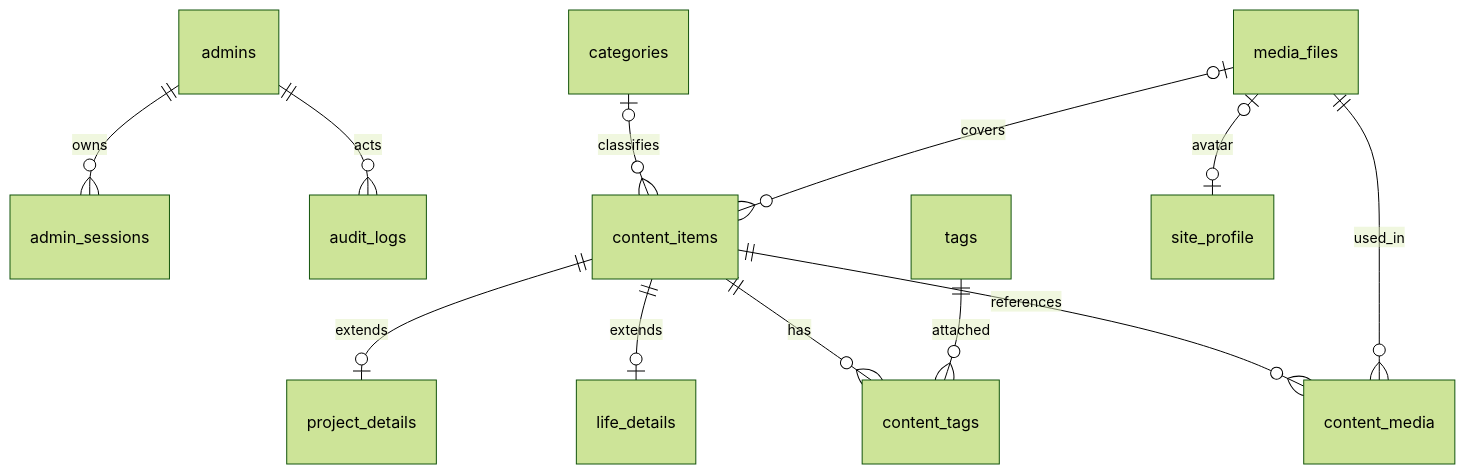
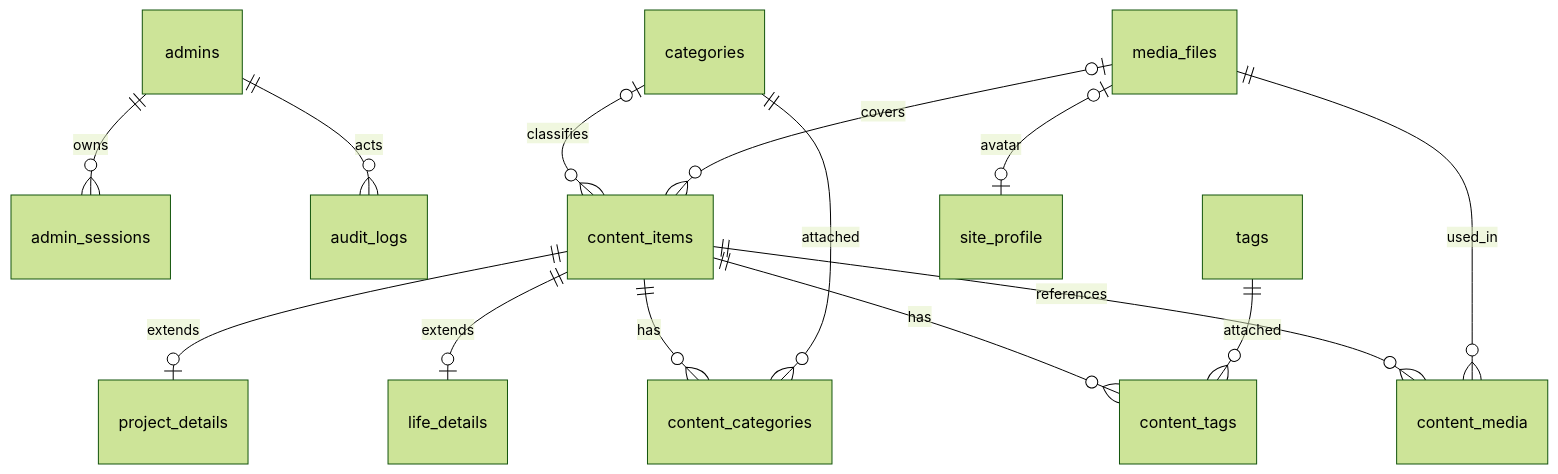
The diagram in docs/documents/06-data-storage.md (Halley1024/PersonalWebsite), drawn with Mermaid (forest theme) before and after one commit. The commit also changed other lines of this file and 166 other files, not shown here.

````diff
--- a/docs/documents/06-data-storage.md
+++ b/docs/documents/06-data-storage.md
@@ -20,14 +20,16 @@
 ```mermaid
 erDiagram
     admins ||--o{ admin_sessions : owns
     admins ||--o{ audit_logs : acts
     categories o|--o{ content_items : classifies
     content_items ||--o| project_details : extends
     content_items ||--o| life_details : extends
+    content_items ||--o{ content_categories : has
+    categories ||--o{ content_categories : attached
     content_items ||--o{ content_tags : has
     tags ||--o{ content_tags : attached
     content_items ||--o{ content_media : references
     media_files ||--o{ content_media : used_in
     media_files o|--o{ content_items : covers
     media_files o|--o| site_profile : avatar
 ```
````
